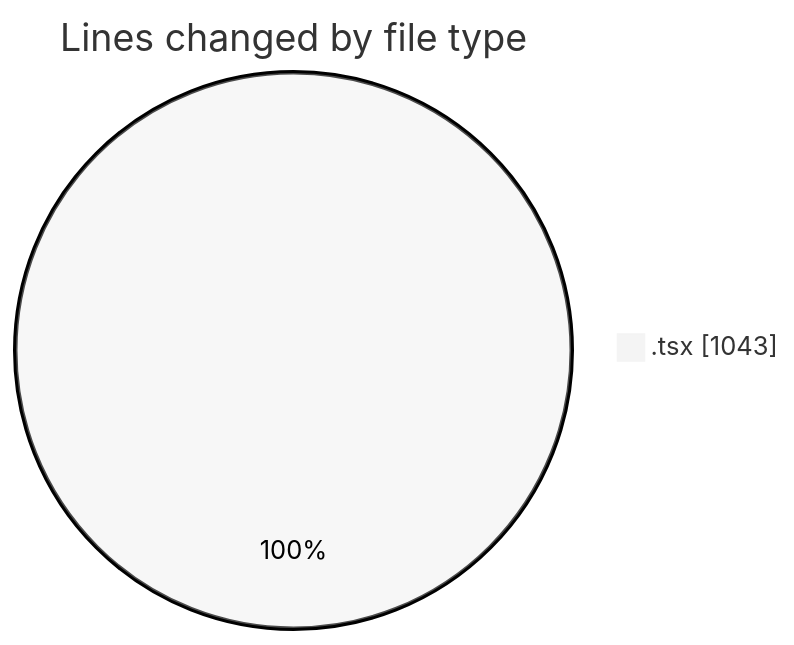
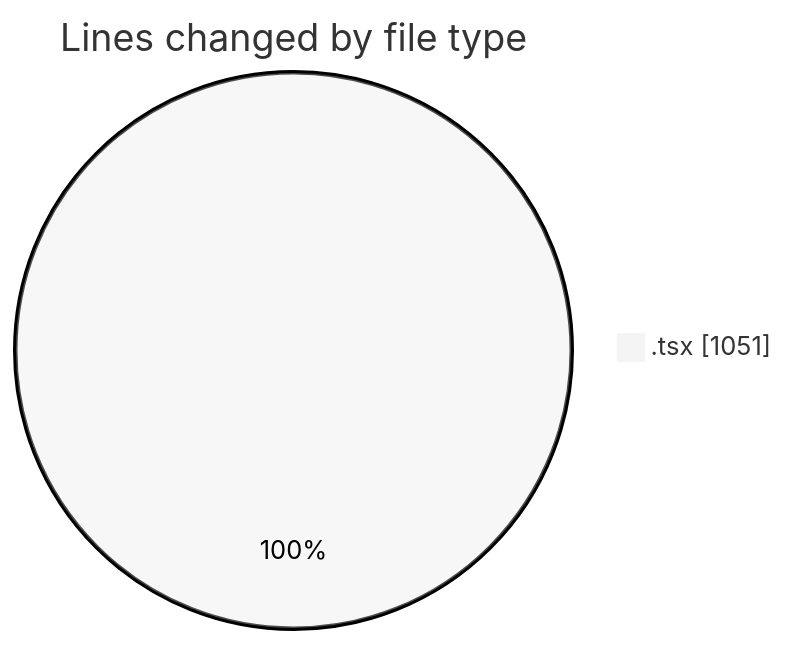
The first of 2 diagrams in 2026-08-09/nxtqube_webapp/README.md (nxtqubesakshisongat/code-tracking), drawn with Mermaid (neutral theme) before and after one commit. The commit also changed other lines of this file and 1 other file, not shown here.

````diff
--- a/2026-08-09/nxtqube_webapp/README.md
+++ b/2026-08-09/nxtqube_webapp/README.md
@@ -23,5 +23,5 @@
 ```mermaid
 pie showData
 title Lines changed by file type
-".tsx" : 1043
+".tsx" : 1051
 ```
````
